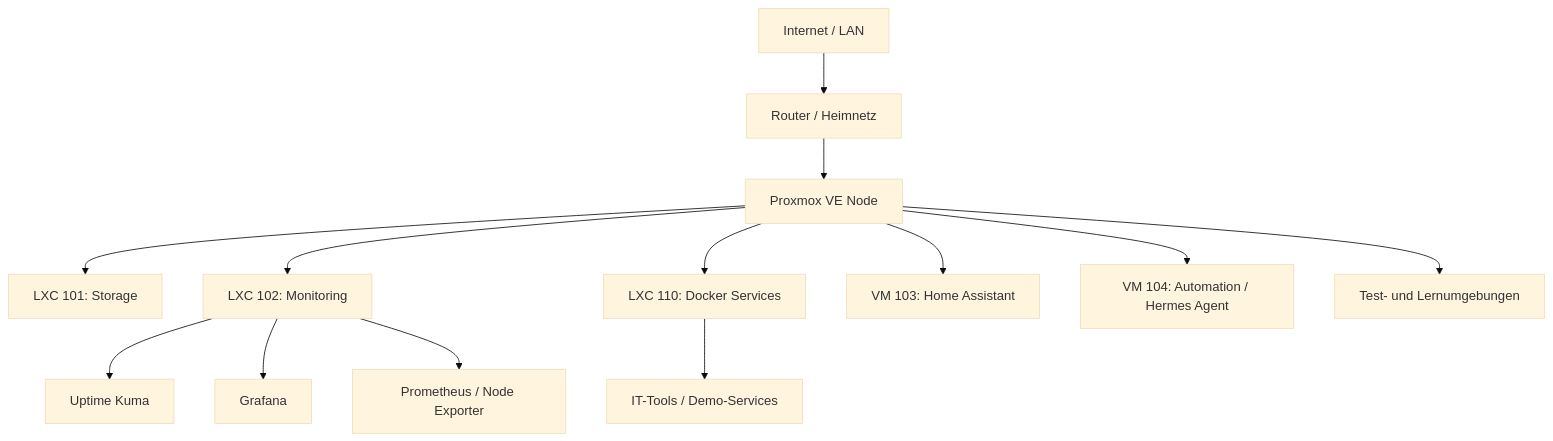
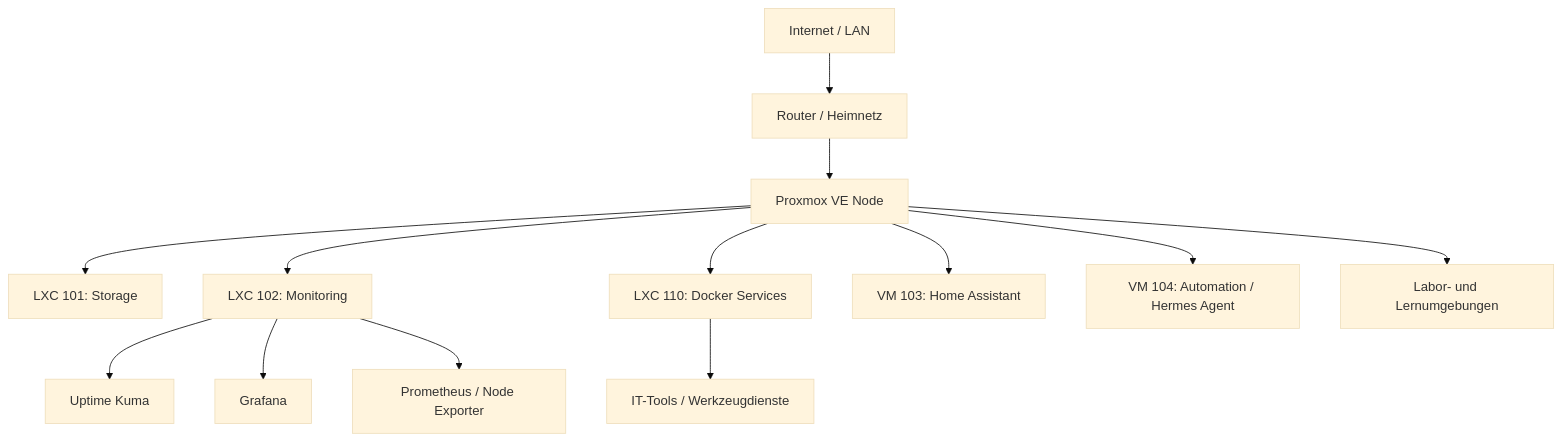
One commit to Homelab247/Homelab-Portfolio changed the diagram in README.md. Above: the diagram before and after it, drawn with Mermaid (base theme). The commit also changed other lines of this file and 22 other files, not shown here.

````diff
--- a/README.md
+++ b/README.md
@@ -48,17 +48,17 @@
 ```mermaid
 flowchart TD
     Internet[Internet / LAN] --> Router[Router / Heimnetz]
     Router --> Proxmox[Proxmox VE Node]
 
     Proxmox --> Storage[LXC 101: Storage]
     Proxmox --> Monitoring[LXC 102: Monitoring]
     Proxmox --> Docker[LXC 110: Docker Services]
     Proxmox --> HA[VM 103: Home Assistant]
     Proxmox --> Hermes[VM 104: Automation / Hermes Agent]
-    Proxmox --> Labs[Test- und Lernumgebungen]
+    Proxmox --> Labs[Labor- und Lernumgebungen]
 
     Monitoring --> Kuma[Uptime Kuma]
     Monitoring --> Grafana[Grafana]
     Monitoring --> Prometheus[Prometheus / Node Exporter]
-    Docker --> Tools[IT-Tools / Demo-Services]
+    Docker --> Tools[IT-Tools / Werkzeugdienste]
 ```
````
